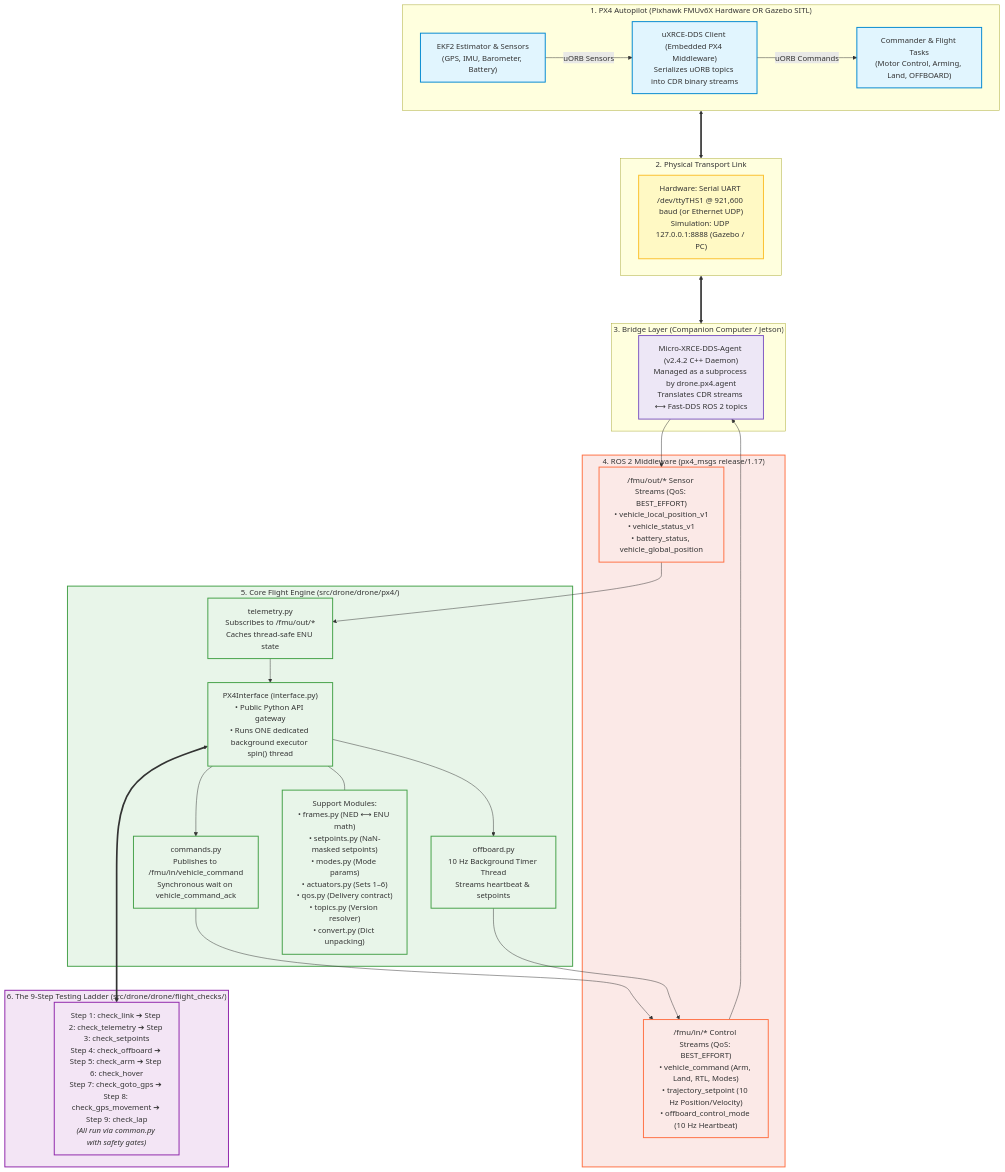
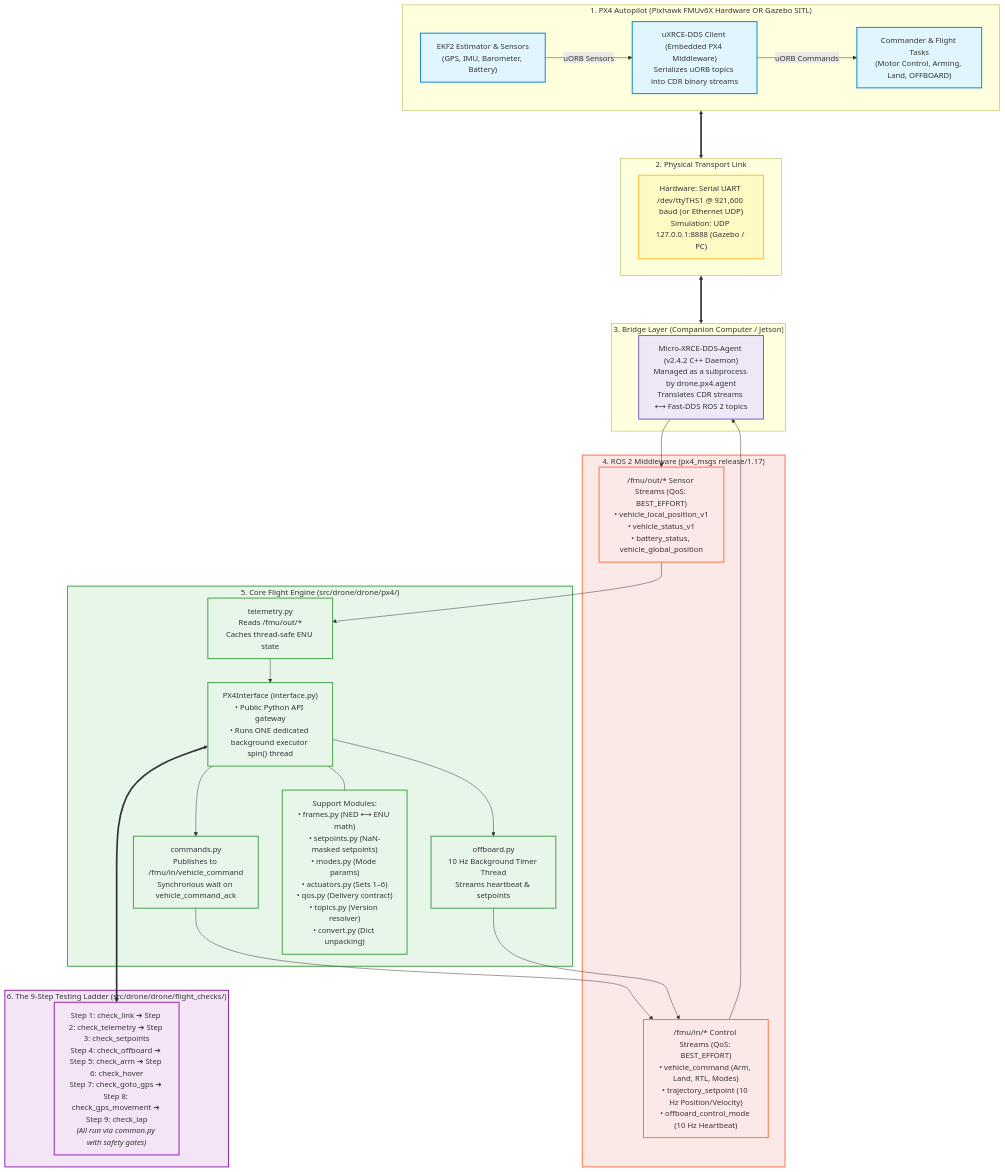
Before and after one commit to mcgill-robotics/drone-2027: the diagram in docs/architecture.md, drawn with Mermaid. The commit also changed other lines of this file, not shown here.

````diff
--- a/docs/architecture.md
+++ b/docs/architecture.md
@@ -13,61 +11,61 @@
 ```mermaid
 flowchart TD
     classDef autopilot fill:#e1f5fe,stroke:#0288d1,stroke-width:2px;
     classDef link fill:#fff9c4,stroke:#fbc02d,stroke-width:2px;
     classDef bridge fill:#ede7f6,stroke:#7e57c2,stroke-width:2px;
     classDef ros fill:#fbe9e7,stroke:#ff7043,stroke-width:2px;
     classDef engine fill:#e8f5e9,stroke:#43a047,stroke-width:2px;
     classDef ladder fill:#f3e5f5,stroke:#8e24aa,stroke-width:2px;
 
     subgraph STAGE1["1. PX4 Autopilot (Pixhawk FMUv6X Hardware OR Gazebo SITL)"]
         PX4_SENSORS["EKF2 Estimator & Sensors<br/>(GPS, IMU, Barometer, Battery)"]
         PX4_CLIENT["uXRCE-DDS Client (Embedded PX4 Middleware)<br/>Serializes uORB topics into CDR binary streams"]
         PX4_CTRL["Commander & Flight Tasks<br/>(Motor Control, Arming, Land, OFFBOARD)"]
         PX4_SENSORS -->|uORB Sensors| PX4_CLIENT
         PX4_CLIENT -->|uORB Commands| PX4_CTRL
     end
     class STAGE1,PX4_SENSORS,PX4_CLIENT,PX4_CTRL autopilot;
 
     subgraph STAGE2["2. Physical Transport Link"]
         PHYS_LINK["Hardware: Serial UART /dev/ttyTHS1 @ 921,600 baud (or Ethernet UDP)<br/>Simulation: UDP 127.0.0.1:8888 (Gazebo / PC)"]
     end
     class STAGE2,PHYS_LINK link;
 
     subgraph STAGE3["3. Bridge Layer (Companion Computer / Jetson)"]
         DDS_AGENT["Micro-XRCE-DDS-Agent (v2.4.2 C++ Daemon)<br/>Managed as a subprocess by drone.px4.agent<br/>Translates CDR streams ⟷ Fast-DDS ROS 2 topics"]
     end
     class STAGE3,DDS_AGENT bridge;
 
     subgraph STAGE4["4. ROS 2 Middleware (px4_msgs release/1.17)"]
         FMU_OUT["/fmu/out/* Sensor Streams (QoS: BEST_EFFORT)<br/>• vehicle_local_position_v1<br/>• vehicle_status_v1<br/>• battery_status, vehicle_global_position"]
         FMU_IN["/fmu/in/* Control Streams (QoS: BEST_EFFORT)<br/>• vehicle_command (Arm, Land, RTL, Modes)<br/>• trajectory_setpoint (10 Hz Position/Velocity)<br/>• offboard_control_mode (10 Hz Heartbeat)"]
     end
     class STAGE4,FMU_OUT,FMU_IN ros;
 
     subgraph STAGE5["5. Core Flight Engine (src/drone/drone/px4/)"]
         PX4_IFACE["PX4Interface (interface.py)<br/>• Public Python API gateway<br/>• Runs ONE dedicated background executor spin() thread"]
         
-        TEL["telemetry.py<br/>Subscribes to /fmu/out/*<br/>Caches thread-safe ENU state"]
+        TEL["telemetry.py<br/>Reads /fmu/out/*<br/>Caches thread-safe ENU state"]
         CMD["commands.py<br/>Publishes to /fmu/in/vehicle_command<br/>Synchronous wait on vehicle_command_ack"]
         OFF["offboard.py<br/>10 Hz Background Timer Thread<br/>Streams heartbeat & setpoints"]
         
         HELPERS["Support Modules:<br/>• frames.py (NED ⟷ ENU math)<br/>• setpoints.py (NaN-masked setpoints)<br/>• modes.py (Mode params)<br/>• actuators.py (Sets 1–6)<br/>• qos.py (Delivery contract)<br/>• topics.py (Version resolver)<br/>• convert.py (Dict unpacking)"]
         
         FMU_OUT --> TEL
         TEL --> PX4_IFACE
         PX4_IFACE --> CMD --> FMU_IN
         PX4_IFACE --> OFF --> FMU_IN
         PX4_IFACE --- HELPERS
     end
     class STAGE5,PX4_IFACE,TEL,CMD,OFF,HELPERS engine;
 
     subgraph STAGE6["6. The 9-Step Testing Ladder (src/drone/drone/flight_checks/)"]
         LADDER["Step 1: check_link ➔ Step 2: check_telemetry ➔ Step 3: check_setpoints<br/>Step 4: check_offboard ➔ Step 5: check_arm ➔ Step 6: check_hover<br/>Step 7: check_goto_gps ➔ Step 8: check_gps_movement ➔ Step 9: check_lap<br/><i>(All run via common.py with safety gates)</i>"]
     end
     class STAGE6,LADDER ladder;
 
     STAGE1 <===> STAGE2 <===> STAGE3
     DDS_AGENT --> FMU_OUT
     FMU_IN --> DDS_AGENT
     PX4_IFACE <===> LADDER
 ```
````
